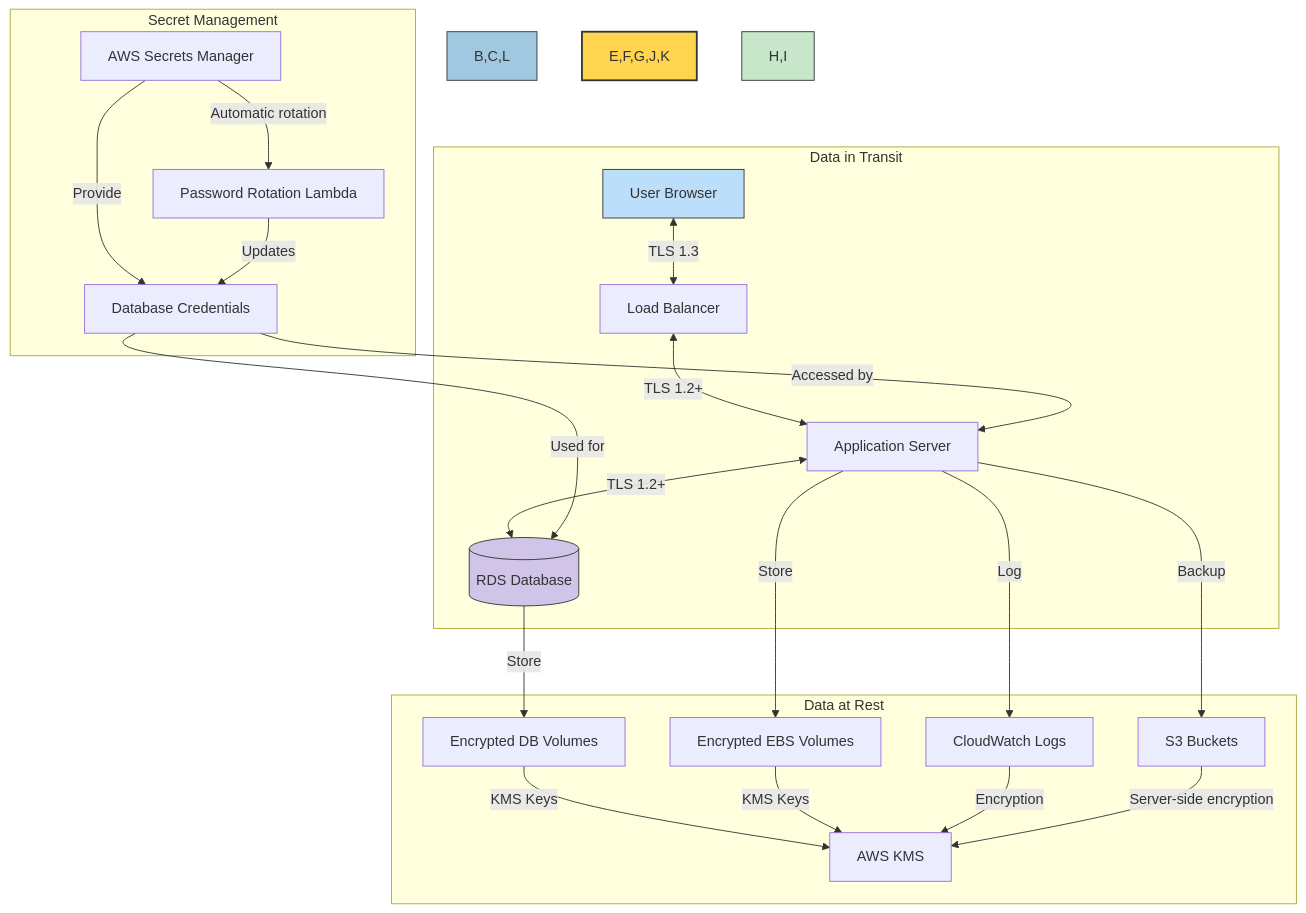
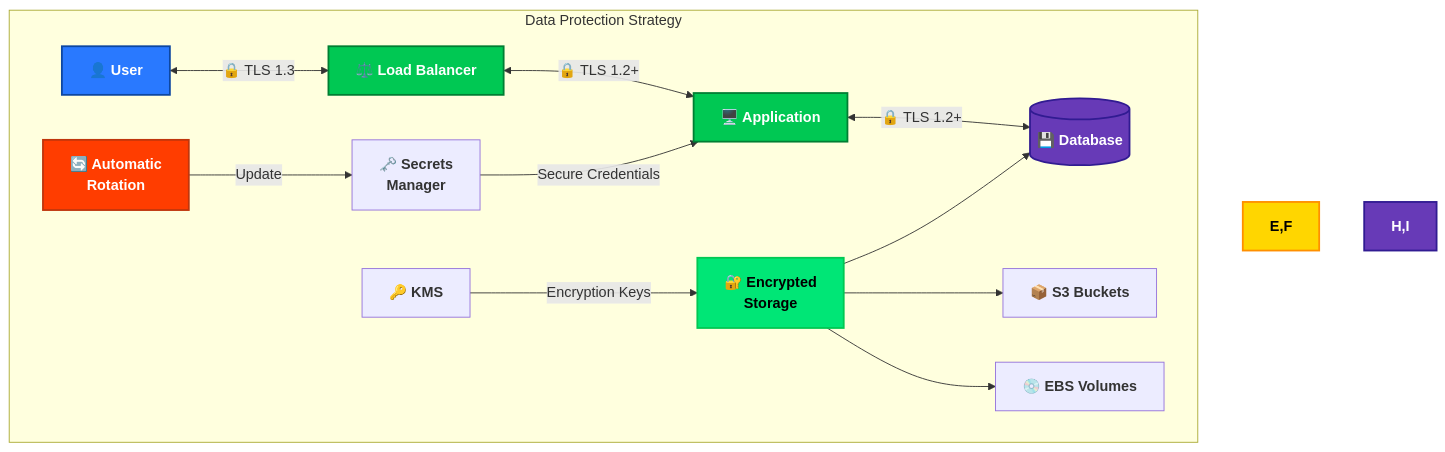
One commit to Hack23/cia changed the eighth of 15 diagrams in SECURITY_ARCHITECTURE.md. Above: the diagram before and after it, drawn with Mermaid. The commit also changed other lines of this file, not shown here.

````diff
--- a/SECURITY_ARCHITECTURE.md
+++ b/SECURITY_ARCHITECTURE.md
@@ -601,37 +542,27 @@
 ```mermaid
 flowchart TD
-    subgraph "Data in Transit"
-        A[User Browser] <-->|TLS 1.3| B[Load Balancer]
-        B <-->|TLS 1.2+| C[Application Server]
-        C <-->|TLS 1.2+| D[(RDS Database)]
+    subgraph "Data Protection Strategy"
+        A[👤 User] <-->|"🔒 TLS 1.3"| B[⚖️ Load Balancer]
+        B <-->|"🔒 TLS 1.2+"| C[🖥️ Application]
+        C <-->|"🔒 TLS 1.2+"| D[(💾 Database)]
+        
+        E[🗝️ Secrets<br>Manager] -->|"Secure Credentials"| C
+        F[🔑 KMS] -->|"Encryption Keys"| G[🔐 Encrypted<br>Storage]
+        
+        G --> D
+        G --> H[📦 S3 Buckets]
+        G --> I[💿 EBS Volumes]
+        
+        J[🔄 Automatic<br>Rotation] -->|"Update"| E
     end
     
-    subgraph "Data at Rest"
-        D -->|Store| E[Encrypted DB Volumes]
-        E -->|KMS Keys| F[AWS KMS]
-        
-        C -->|Store| G[Encrypted EBS Volumes]
-        G -->|KMS Keys| F
-        
-        C -->|Log| H[CloudWatch Logs]
-        H -->|Encryption| F
-        
-        C -->|Backup| I[S3 Buckets]
-        I -->|Server-side encryption| F
-    end
-    
-    subgraph "Secret Management"
-        J[AWS Secrets Manager] -->|Provide| K[Database Credentials]
-        K -->|Accessed by| C
-        K -->|Used for| D
-        
-        J -->|Automatic rotation| L[Password Rotation Lambda]
-        L -->|Updates| K
-    end
-    
-    style A fill:#bbdefb,stroke:#333,stroke-width:1px
-    style B,C,L fill:#a0c8e0,stroke:#333,stroke-width:1px
-    style D fill:#d1c4e9,stroke:#333,stroke-width:1px
-    style E,F,G,J,K fill:#ffd54f,stroke:#333,stroke-width:2px
-    style H,I fill:#c8e6c9,stroke:#333,stroke-width:1px
+    style A fill:#2979FF,stroke:#0D47A1,stroke-width:2px,color:white,font-weight:bold
+    style B fill:#00C853,stroke:#007E33,stroke-width:2px,color:white,font-weight:bold
+    style C fill:#00C853,stroke:#007E33,stroke-width:2px,color:white,font-weight:bold
+    style D fill:#673AB7,stroke:#311B92,stroke-width:2px,color:white,font-weight:bold
+    style E,F fill:#FFD600,stroke:#FF8F00,stroke-width:2px,color:black,font-weight:bold
+    style G fill:#00E676,stroke:#00C853,stroke-width:2px,color:black,font-weight:bold
+    style H,I fill:#673AB7,stroke:#311B92,stroke-width:2px,color:white,font-weight:bold
+    style J fill:#FF3D00,stroke:#BF360C,stroke-width:2px,color:white,font-weight:bold
+    classDef default font-weight:bold
 ```
````
